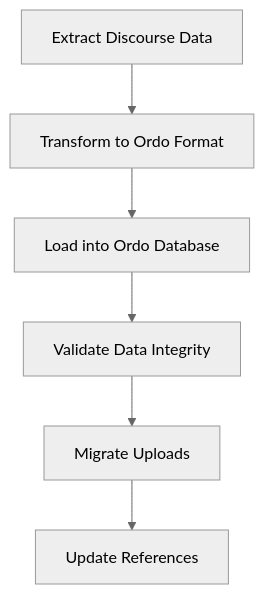
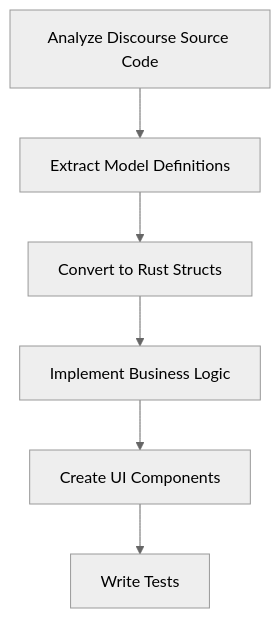
One commit to ordokr/LMS changed the second of 2 diagrams in docs/migration_guide.md. Above: the diagram before and after it, drawn with Mermaid (neutral theme). The commit also changed other lines of this file and 165 other files, not shown here.

````diff
--- a/docs/migration_guide.md
+++ b/docs/migration_guide.md
@@ -110,8 +111,8 @@
 ```mermaid
 graph TD
-    A[Extract Discourse Data] --> B[Transform to Ordo Format]
-    B --> C[Load into Ordo Database]
-    C --> D[Validate Data Integrity]
-    D --> E[Migrate Uploads]
-    E --> F[Update References]
+    A[Analyze Discourse Source Code] --> B[Extract Model Definitions]
+    B --> C[Convert to Rust Structs]
+    C --> D[Implement Business Logic]
+    D --> E[Create UI Components]
+    E --> F[Write Tests]
 ```
````
